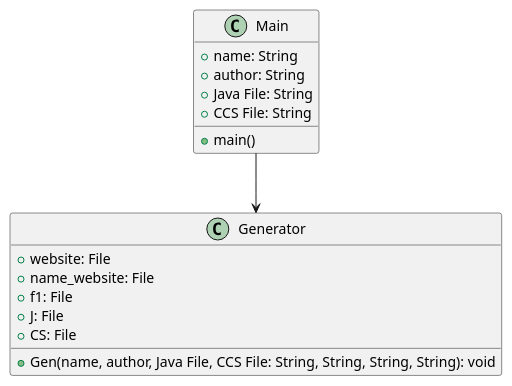
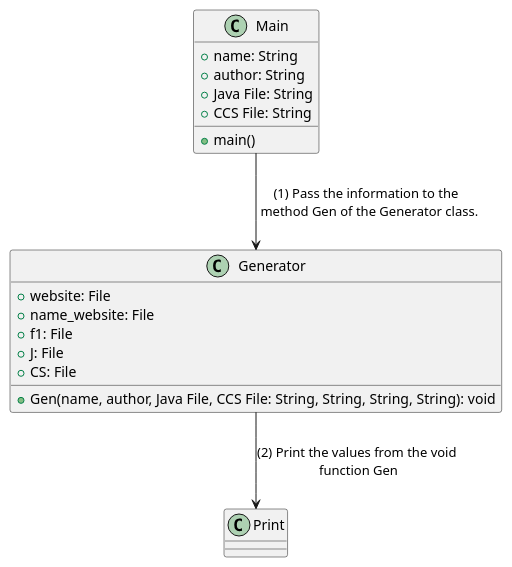
Before and after one commit to lacostamejia/LuisAcosta-cop3330-assignment3: the diagram in src/main/java/ex43_ad/ex43.puml, drawn with PlantUML. The commit also changed 31 other files, not shown here.

```diff
--- a/src/main/java/ex43_ad/ex43.puml
+++ b/src/main/java/ex43_ad/ex43.puml
@@ -1,25 +1,24 @@
 @startuml
 
 Class Main{
 +main()
 +name: String
 +author: String
 +Java File: String
 +CCS File: String
 }
 
 Class Generator{
 +Gen(name, author, Java File, CCS File: String, String, String, String): void
 +website: File
 +name_website: File
 +f1: File
 +J: File
 +CS: File
 }
 
-Main --> Generator
-
-
+Main --> Generator: (1) Pass the information to the \n method Gen of the Generator class.
+Generator--> Print: (2) Print the values from the void \nfunction Gen
 
 
 @enduml
```
